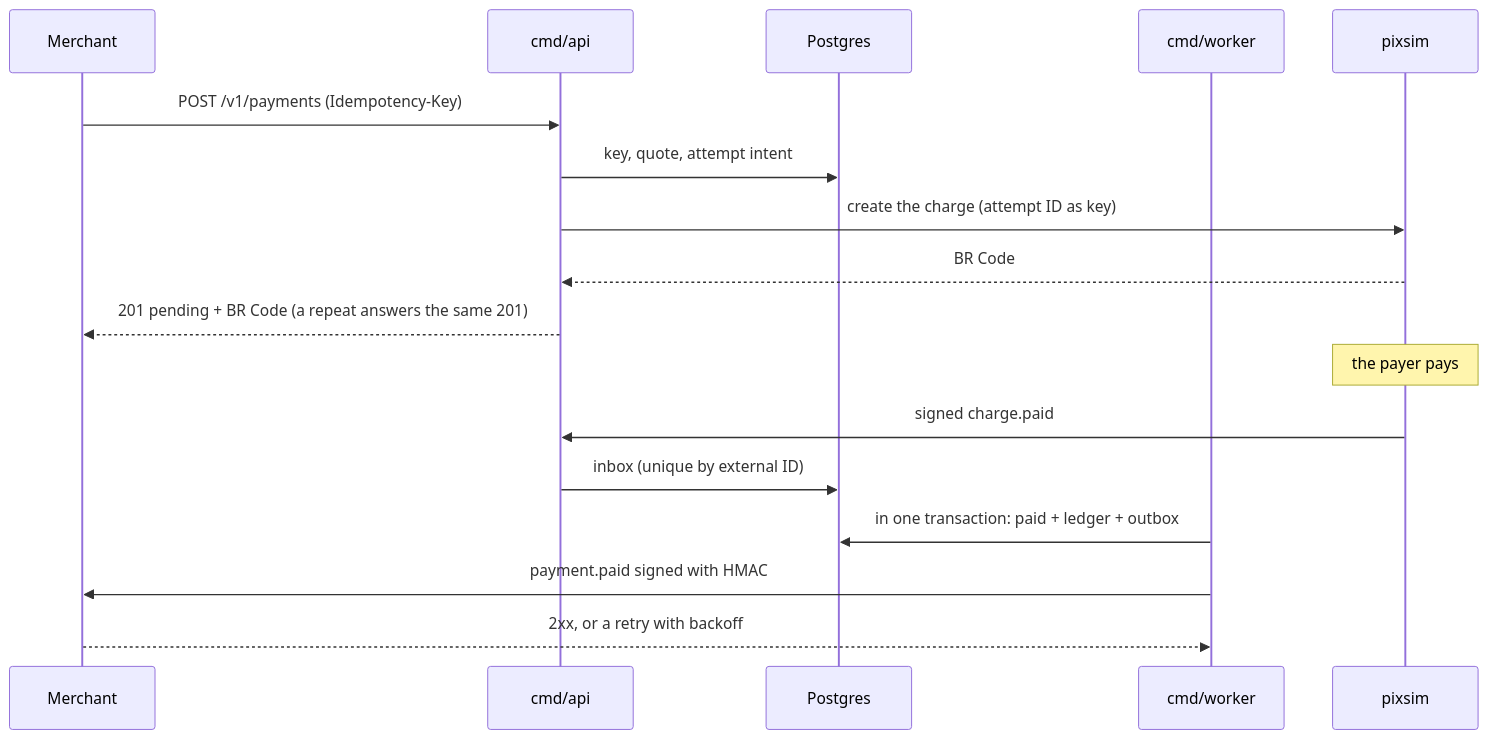
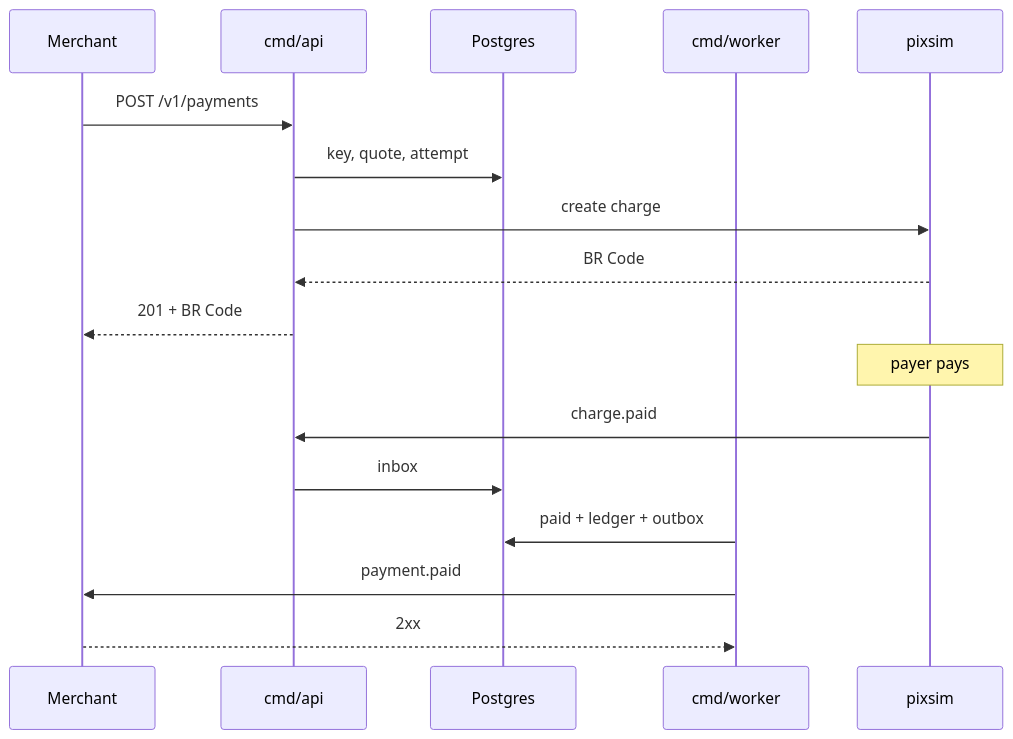
Before and after one commit to gengibrepower/cross-border-pay: the second of 2 diagrams in README.md, drawn with Mermaid. The commit also changed other lines of this file and 1 other file, not shown here.

````diff
--- a/README.md
+++ b/README.md
@@ -102,19 +377,19 @@
 ```mermaid
 sequenceDiagram
     participant M as Merchant
     participant A as cmd/api
     participant DB as Postgres
     participant W as cmd/worker
     participant P as pixsim
-    M->>A: POST /v1/payments (Idempotency-Key)
-    A->>DB: key, quote, attempt intent
-    A->>P: create the charge (attempt ID as key)
+    M->>A: POST /v1/payments
+    A->>DB: key, quote, attempt
+    A->>P: create charge
     P-->>A: BR Code
-    A-->>M: 201 pending + BR Code (a repeat answers the same 201)
-    Note over P: the payer pays
-    P->>A: signed charge.paid
-    A->>DB: inbox (unique by external ID)
-    W->>DB: in one transaction: paid + ledger + outbox
-    W->>M: payment.paid signed with HMAC
-    M-->>W: 2xx, or a retry with backoff
+    A-->>M: 201 + BR Code
+    Note over P: payer pays
+    P->>A: charge.paid
+    A->>DB: inbox
+    W->>DB: paid + ledger + outbox
+    W->>M: payment.paid
+    M-->>W: 2xx
 ```
````
